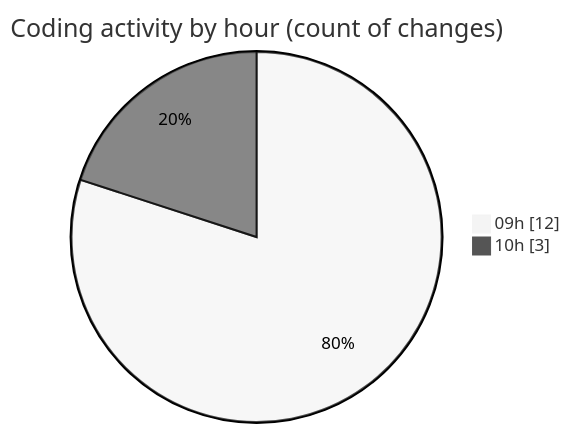
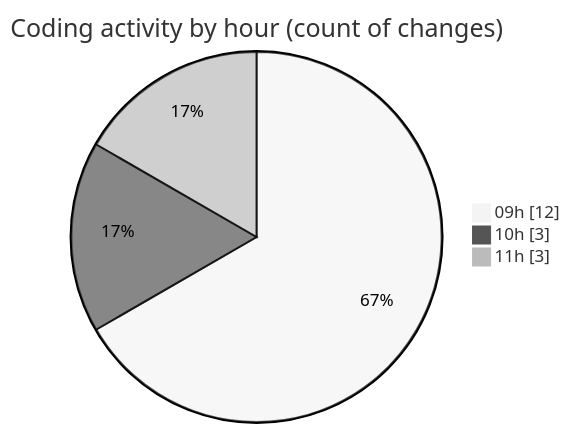
Before and after one commit to MatusMokan/code-tracking: the second of 2 diagrams in 2025-03-08/myws__workspace_/README.md, drawn with Mermaid (neutral theme). The commit also changed other lines of this file and 1 other file, not shown here.

````diff
--- a/2025-03-08/myws__workspace_/README.md
+++ b/2025-03-08/myws__workspace_/README.md
@@ -28,6 +28,7 @@
 ```mermaid
 pie showData
 title Coding activity by hour (count of changes)
 "09h" : 12
 "10h" : 3
+"11h" : 3
 ```
````
